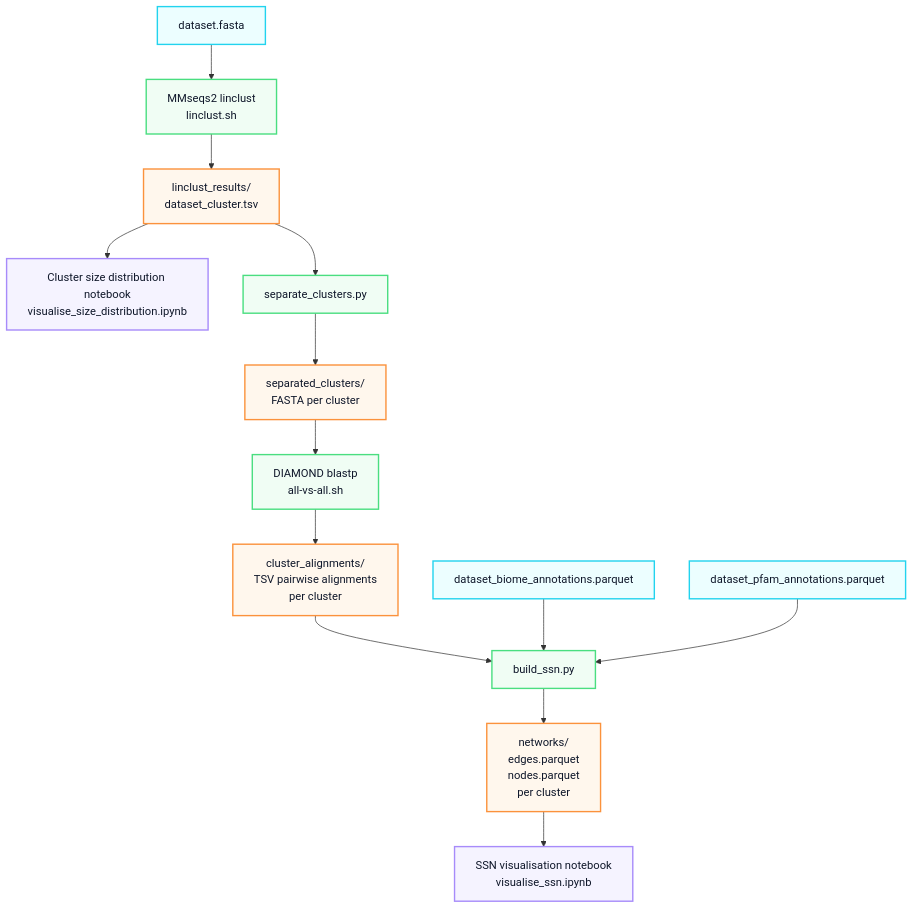
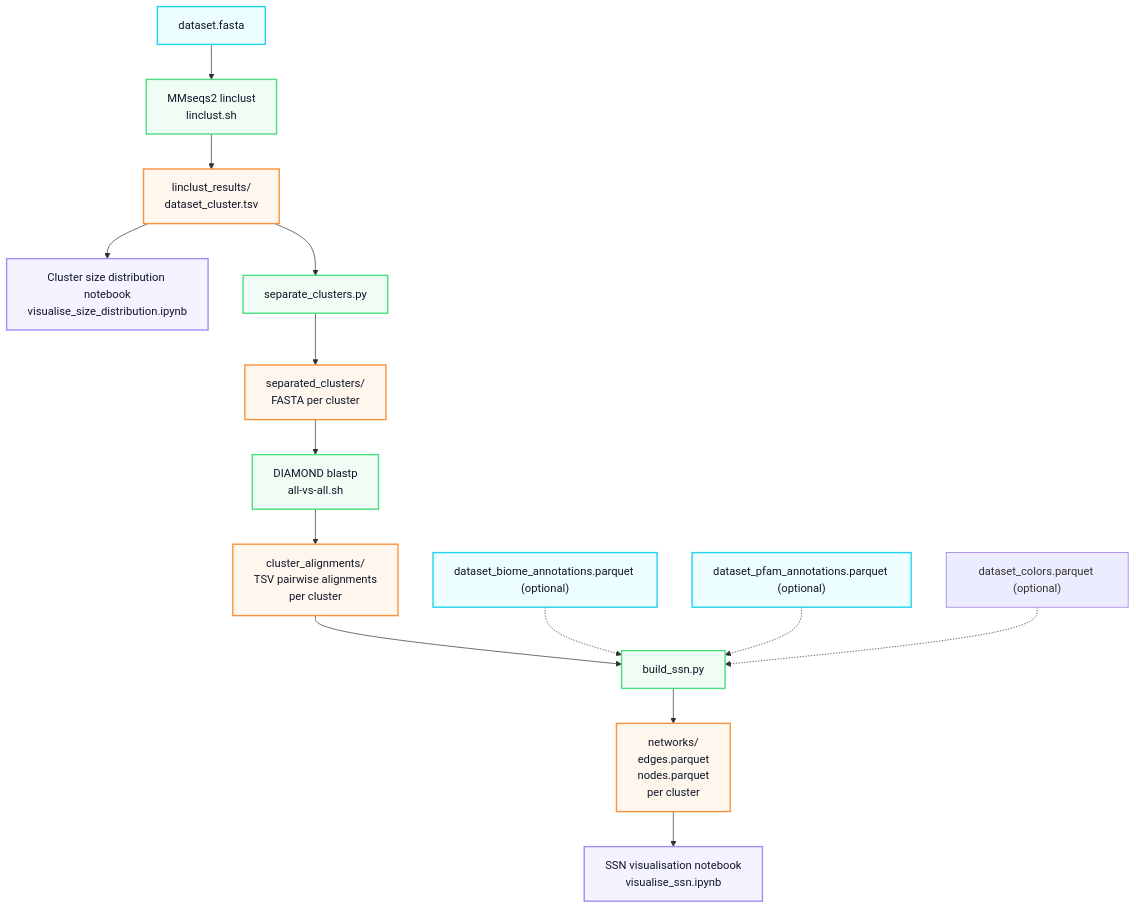
The diagram in README.md (EBI-Metagenomics/MiSSN), drawn with Mermaid before and after one commit. The commit also changed other lines of this file and 3 other files, not shown here.

Commit message:
initial refactoring to make biomes and pfam parquet files optional. Also add a new option of a colour parquet file to override colours. Update tests and documentation

````diff
--- a/README.md
+++ b/README.md
@@ -9,56 +9,58 @@
 ```mermaid
 ---
 config:
   layout: dagre
 ---
 flowchart TD
     %% Node Definitions
     A["dataset.fasta"]
     B["MMseqs2 linclust\nlinclust.sh"]
-    C["dataset_biome_annotations.parquet"]
+    C["dataset_biome_annotations.parquet (optional)"]
     D["linclust_results/\ndataset_cluster.tsv"]
     E["separated_clusters/\nFASTA per cluster"]
     F["Cluster size distribution notebook\nvisualise_size_distribution.ipynb"]
     G["separate_clusters.py"]
     H["DIAMOND blastp\nall-vs-all.sh"]
     I["cluster_alignments/\nTSV pairwise alignments\nper cluster"]
     K["build_ssn.py"]
     M["networks/\nedges.parquet\nnodes.parquet\nper cluster"]
     N["SSN visualisation notebook\nvisualise_ssn.ipynb"]
-    O["dataset_pfam_annotations.parquet"]
+    O["dataset_pfam_annotations.parquet (optional)"]
+    P["dataset_colors.parquet (optional)"]
 
     %% Shapes
     G@{ shape: rect}
     I@{ shape: rect}
     N@{ shape: rect}
     O@{ shape: rect}
 
     %% Connections / Flow
     A --> B
     B --> D
     D --> F
     D --> G
     G --> E
     E --> H
     H --> I
     I --> K
-    C --> K
-    O --> K
+    C -.-> K
+    O -.-> K
+    P -.-> K
     K --> M
     M --> N
 
     %% Styles
     style A fill:#ecfeff,stroke:#22d3ee,stroke-width:2px,color:#0f172a
     style B fill:#f0fdf4,stroke:#4ade80,stroke-width:2px,color:#0f172a
     style C fill:#ecfeff,stroke:#22d3ee,stroke-width:2px,color:#0f172a
     style D fill:#fff7ed,stroke:#fb923c,stroke-width:2px,color:#0f172a
     style E fill:#fff7ed,stroke:#fb923c,stroke-width:2px,color:#0f172a
     style F fill:#f5f3ff,stroke:#a78bfa,stroke-width:2px,color:#0f172a
     style G fill:#f0fdf4,stroke:#4ade80,stroke-width:2px,color:#0f172a
     style H fill:#f0fdf4,stroke:#4ade80,stroke-width:2px,color:#0f172a
     style I fill:#fff7ed,stroke:#fb923c,stroke-width:2px,color:#0f172a
     style K fill:#f0fdf4,stroke:#4ade80,stroke-width:2px,color:#0f172a
     style M fill:#fff7ed,stroke:#fb923c,stroke-width:2px,color:#0f172a
     style N fill:#f5f3ff,stroke:#a78bfa,stroke-width:2px,color:#0f172a
     style O fill:#ecfeff,stroke:#22d3ee,stroke-width:2px,color:#0f172a
 ```
````
